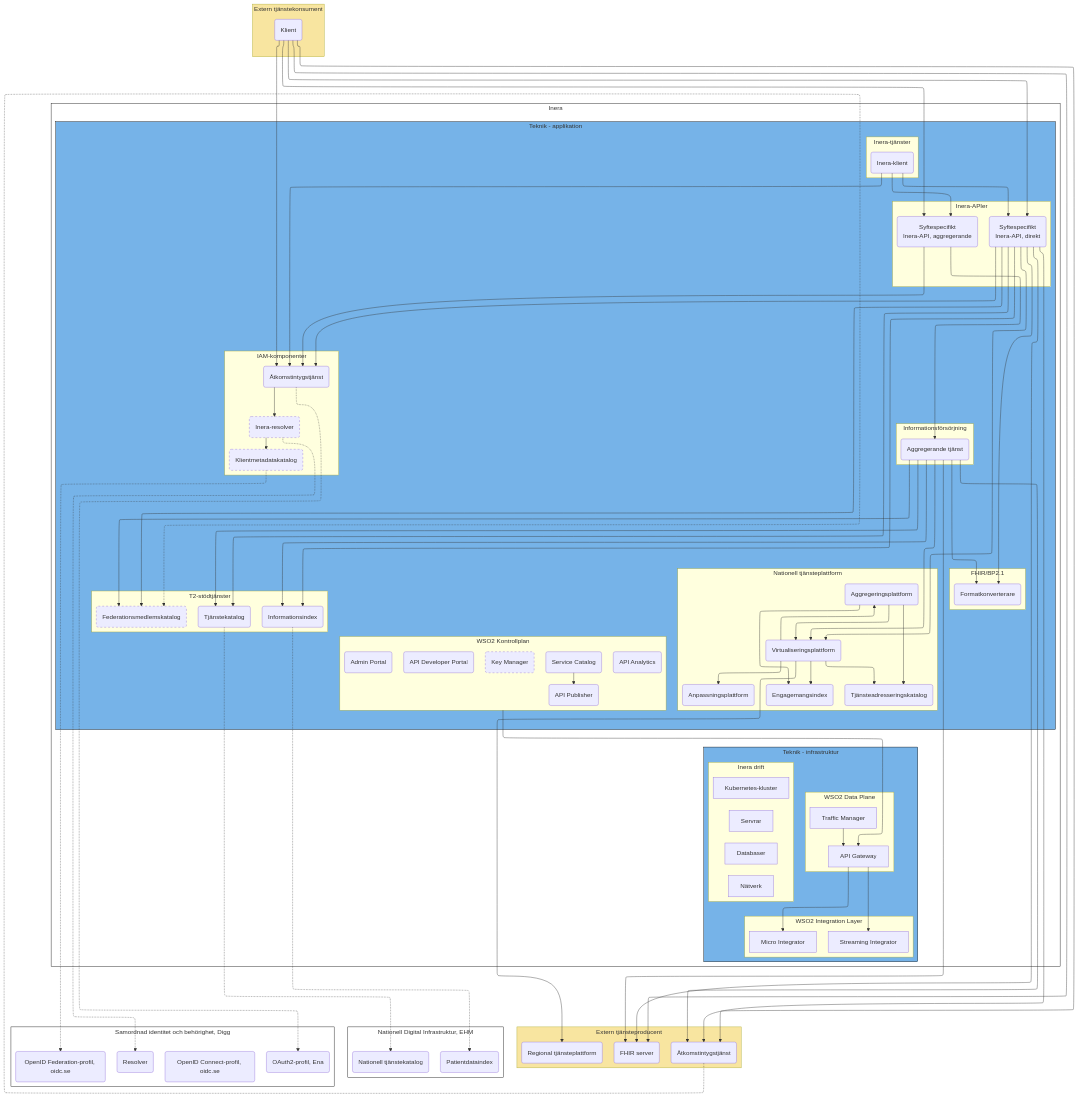
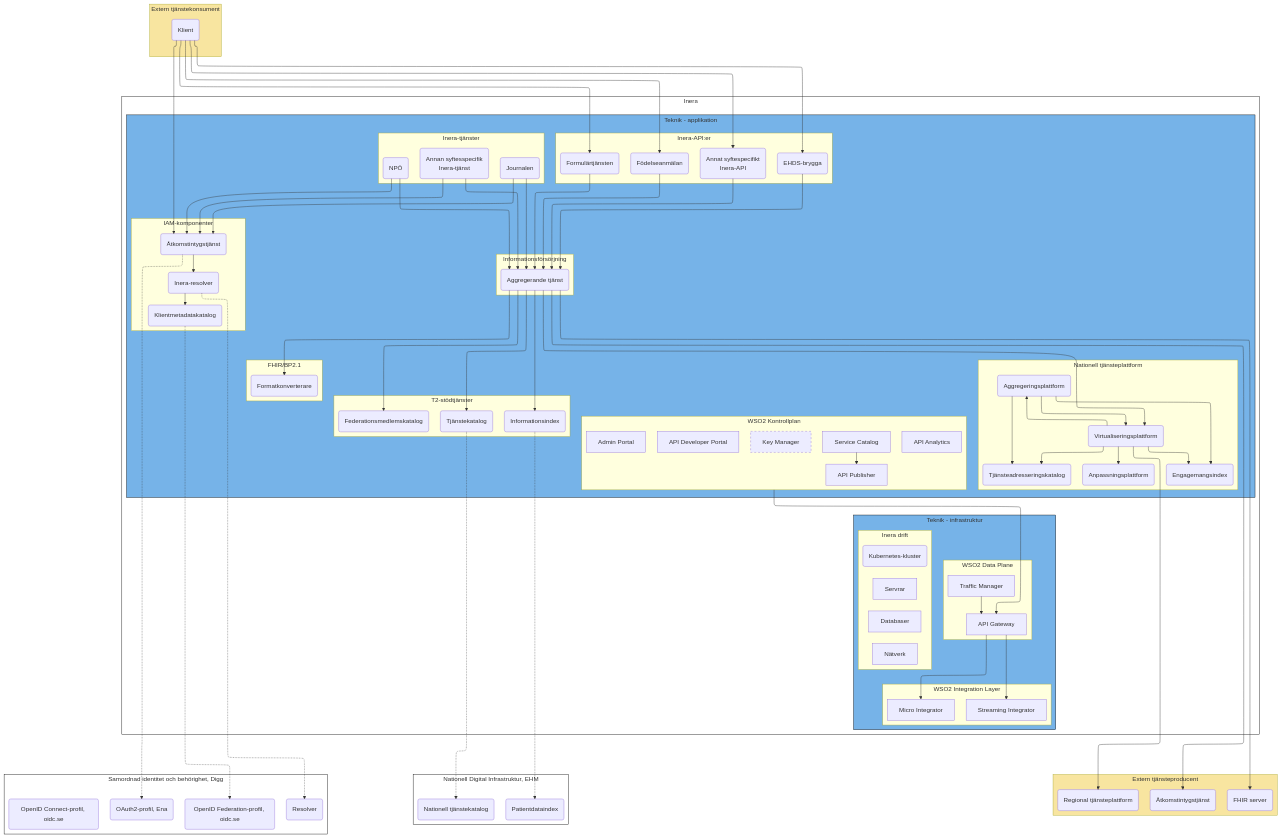
Before and after one commit to anders-malmros-inera/t2mmd: the second of 3 diagrams in T2-krav/solution.md, drawn with Mermaid. The commit also changed other lines of this file, not shown here.

````diff
--- a/T2-krav/solution.md
+++ b/T2-krav/solution.md
@@ -8,13 +106,11 @@
 subgraph inera[Inera]
 
     subgraph app[Teknik - applikation]
+
         subgraph itk[Inera-tjänster]
-            itk1(Inera-klient)
-        end
-
-        subgraph itp[Inera-APIer]
-            itp1(Syftespecifikt<br>Inera-API, aggregerande)
-            itp2(Syftespecifikt<br>Inera-API, direkt)
+            itk1(Annan syftesspecifik<br>Inera-tjänst)
+            itk2(NPÖ)
+            itk3(Journalen)
         end
 
         subgraph siiam[IAM-komponenter]
@@ -45,13 +141,20 @@
             tak(Tjänsteadresseringskatalog)
         end
 
+        subgraph itp[Inera-API:er]
+            itp1(Formulärtjänsten)
+            itp2(Födelseanmälan)
+            itp3(Annat syftespecifikt<br>Inera-API)
+            itp4(EHDS-brygga)
+        end
+
         subgraph cp[WSO2 Kontrollplan]
-            PUB(API Publisher)
-            DEV(API Developer Portal)
-            ADM(Admin Portal)
-            KEY(Key Manager)
-            ANA(API Analytics)
-            SC(Service Catalog)
+            PUB[API Publisher]
+            DEV[API Developer Portal]
+            ADM[Admin Portal]
+            KEY[Key Manager]
+            ANA[API Analytics]
+            SC[Service Catalog]
         end
 
     end
@@ -59,7 +162,7 @@
     subgraph infra[Teknik - infrastruktur]
 
         subgraph drift[Inera drift]
-            kubernetes[Kubernetes-kluster]
+            kubernetes(Kubernetes-kluster)
             ~~~
             Servrar
             ~~~
@@ -124,19 +227,18 @@
 vp --> ag
 vp --> ei
 vp --> tak
-svodc & itp2 --> vp
-svodc & itp2 --> siii
-svodc & itp2 --> sifk
-svodc & itp2 --> sifmk
-svodc & itp2 --> sitk
-itp2 --> sias
+svodc --> vp
+svodc --> siii
+svodc --> sifk
+svodc --> sifmk
+svodc --> sitk
 vp ----> tprtp
-tkc & itk1--> itp1 & itp2
-svodc & itp2 & tkc --> tpas
-svodc & itp2 & tkc --> tpfs
-tkc & itk1 --> sias
-itp1 --> sias & svodc
-tpas -.->sifmk
+tkc --> itp1 & itp2 & itp3 & itp4  --> svodc
+itk1 & itk2 & itk3 --> svodc
+svodc --> tpas
+svodc --> tpfs
+tkc --> sias
+itk1 & itk2 & itk3 --> sias
 
 style inera fill:#FFFFFF,stroke:#000000
 style app fill:#76b3e8,stroke:#000000
@@ -146,15 +248,10 @@
 style ndi fill:#FFFFFF,stroke:#000000
 style sib fill:#FFFFFF,stroke:#000000
 style KEY stroke-dasharray: 5 5
-style sifmk stroke-dasharray: 5 5
-style sikk stroke-dasharray: 5 5
-style sir stroke-dasharray: 5 5
-
 
 %% Formatting for elk renderer
 
 %% Formatting for dagre (standard) renderer
 sias~~~~~~~~~ndi & sib & tp
 tak~~~~GW
-
 ```
````
